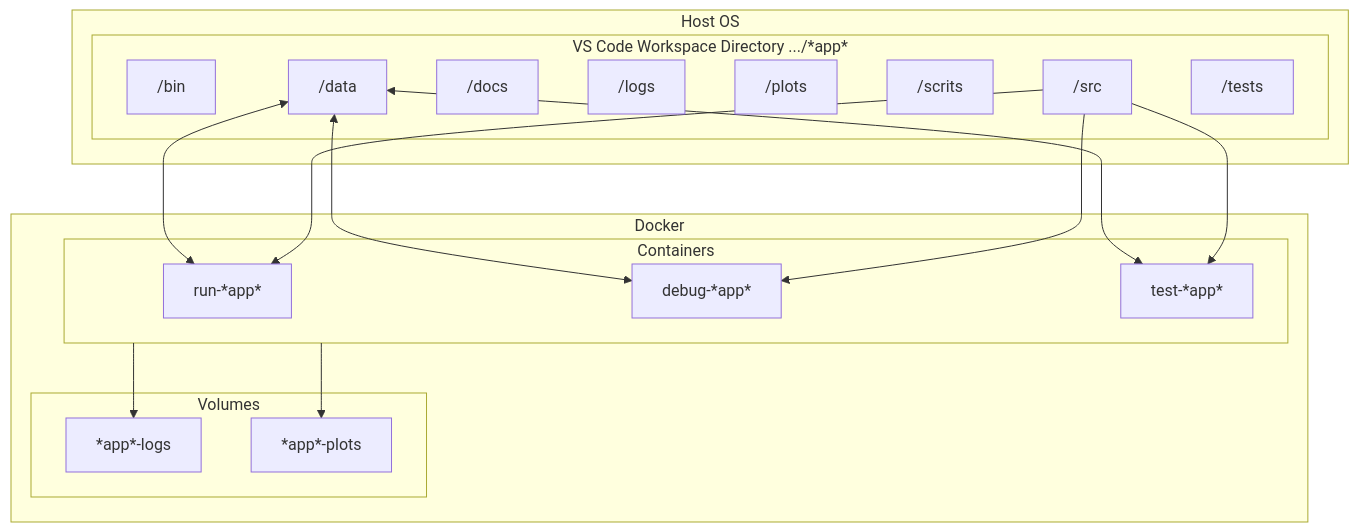
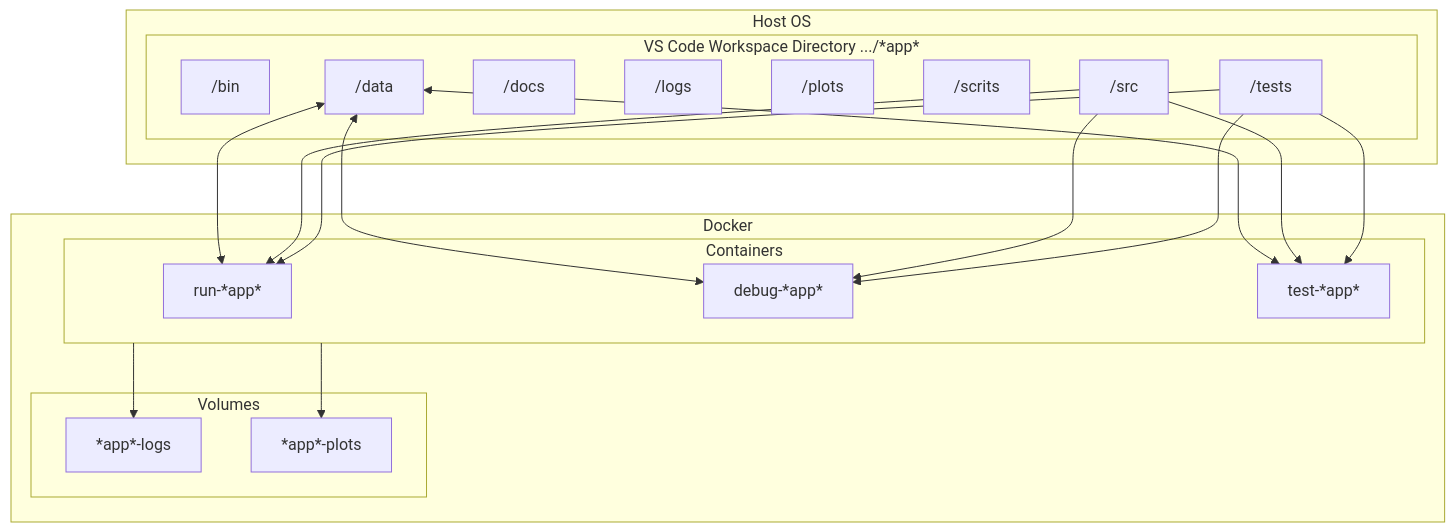
One commit to giacomopj/py-package-template changed the second of 2 diagrams in README.md. Above: the diagram before and after it, drawn with Mermaid. The commit also changed other lines of this file, not shown here.

````diff
--- a/README.md
+++ b/README.md
@@ -273,32 +274,34 @@
 ```mermaid
 flowchart TB
     subgraph Docker
     subgraph Volumes
     *app*-logs
     *app*-plots
     end
     subgraph Containers
     run-*app*
     debug-*app*
     test-*app*
     end
     Containers-->*app*-logs
     Containers-->*app*-plots
     end
     subgraph Host OS
     subgraph VS Code Workspace Directory .../*app*
     /bin
     /data<-->run-*app*
     /data<-->debug-*app*
     /data<-->test-*app*
     /docs
     /logs
     /plots
     /scrits
     /src-->run-*app*
     /src-->debug-*app*
     /src-->test-*app*
-    /tests
+    /tests-->run-*app*
+    /tests-->debug-*app*
+    /tests-->test-*app*
     end
     end
 ```
````
